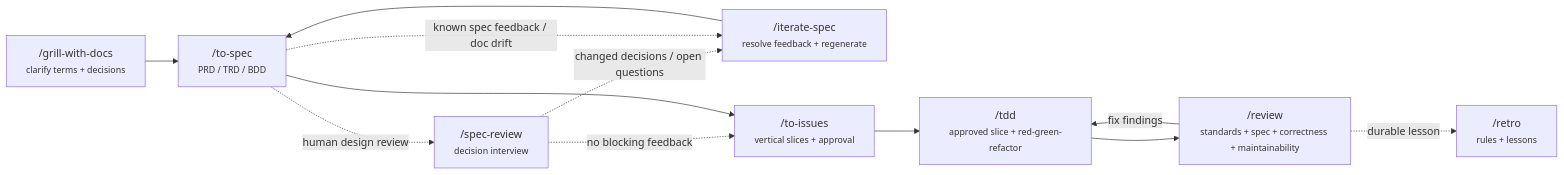
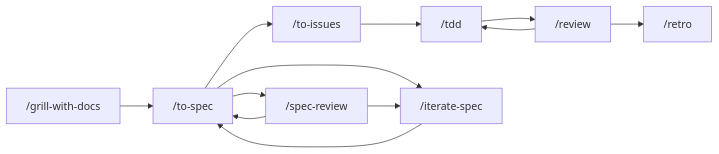
The diagram in README.md (blntrsz/skills), drawn with Mermaid before and after one commit.

Commit message:
docs: simplify workflow diagram to skills-only

````diff
--- a/README.md
+++ b/README.md
@@ -7,14 +7,14 @@
 ```mermaid
 flowchart LR
-    grill["/grill-with-docs<br/><small>clarify terms + decisions</small>"] --> spec["/to-spec<br/><small>PRD / TRD / BDD</small>"]
-    spec -. "human design review" .-> specReview["/spec-review<br/><small>decision interview</small>"]
-    specReview -. "changed decisions / open questions" .-> iterate["/iterate-spec<br/><small>resolve feedback + regenerate</small>"]
-    specReview -. "no blocking feedback" .-> issues
-    spec -. "known spec feedback / doc drift" .-> iterate
+    grill["/grill-with-docs"] --> spec["/to-spec"]
+    spec --> issues["/to-issues"]
+    issues --> tdd["/tdd"]
+    tdd --> review["/review"]
+    review --> tdd
+    review --> retro["/retro"]
+    spec --> specReview["/spec-review"]
+    spec --> iterate["/iterate-spec"]
+    specReview --> iterate
+    specReview --> spec
     iterate --> spec
-    spec --> issues["/to-issues<br/><small>vertical slices + approval</small>"]
-    issues --> tdd["/tdd<br/><small>approved slice + red-green-refactor</small>"]
-    tdd --> review["/review<br/><small>standards + spec + correctness + maintainability</small>"]
-    review -- "fix findings" --> tdd
-    review -. "durable lesson" .-> retro["/retro<br/><small>rules + lessons</small>"]
 ```
````
